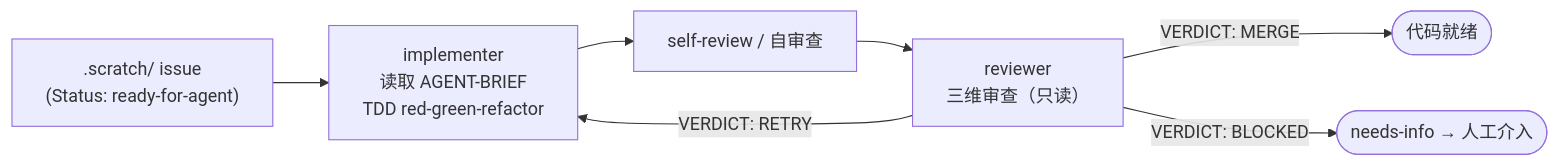
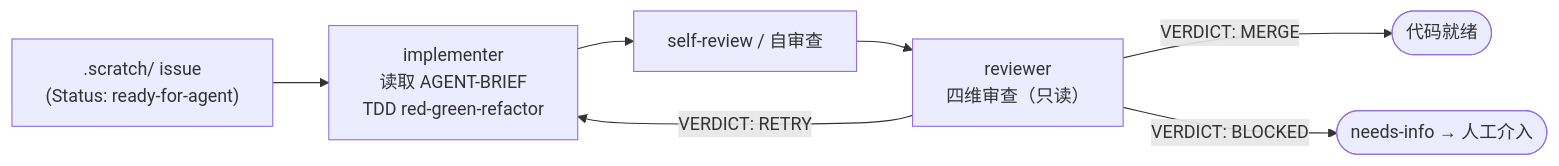
The diagram in README.md (MatthewYe/opencode-toolbox), drawn with Mermaid before and after one commit. The commit also changed other lines of this file and 3 other files, not shown here.

````diff
--- a/README.md
+++ b/README.md
@@ -91,9 +91,9 @@
 ```mermaid
 flowchart LR
     I[".scratch/ issue<br/>(Status: ready-for-agent)"] --> IM["implementer<br/>读取 AGENT-BRIEF<br/>TDD red-green-refactor"]
     IM --> SR["self-review / 自审查"]
-    SR --> RV["reviewer<br/>三维审查（只读）"]
+    SR --> RV["reviewer<br/>四维审查（只读）"]
     RV -->|"VERDICT: MERGE"| DONE(["代码就绪"])
     RV -->|"VERDICT: RETRY"| IM
     RV -->|"VERDICT: BLOCKED"| HUMAN(["needs-info → 人工介入"])
 ```
````
